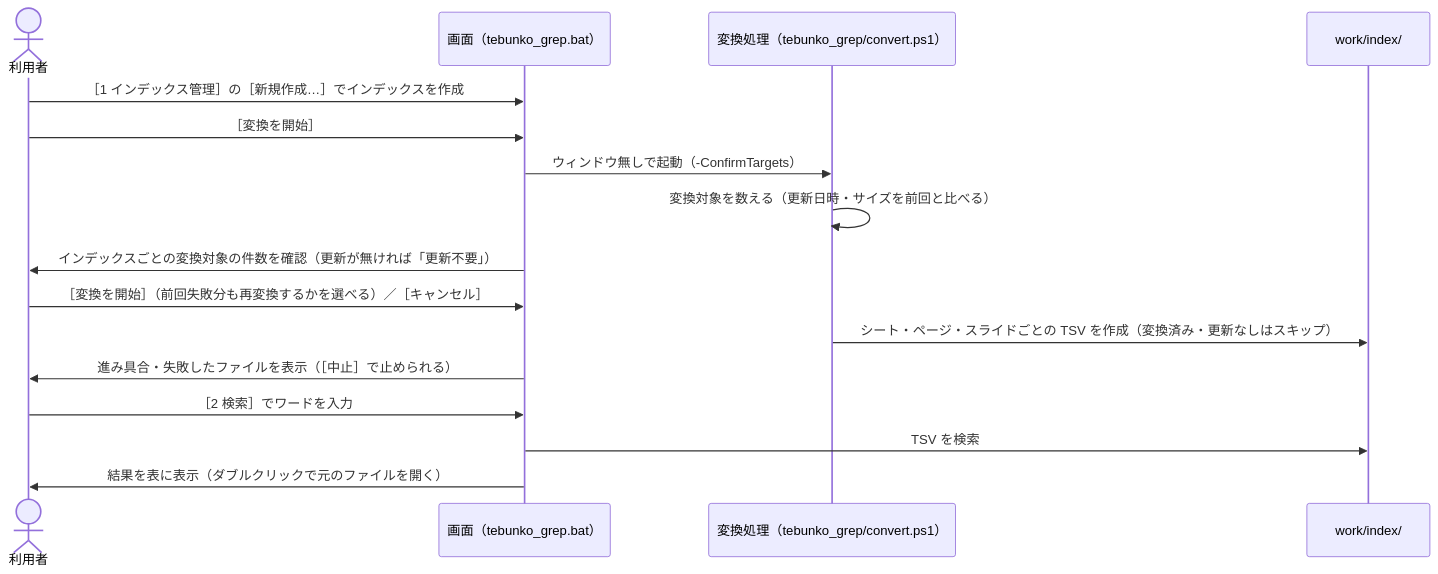
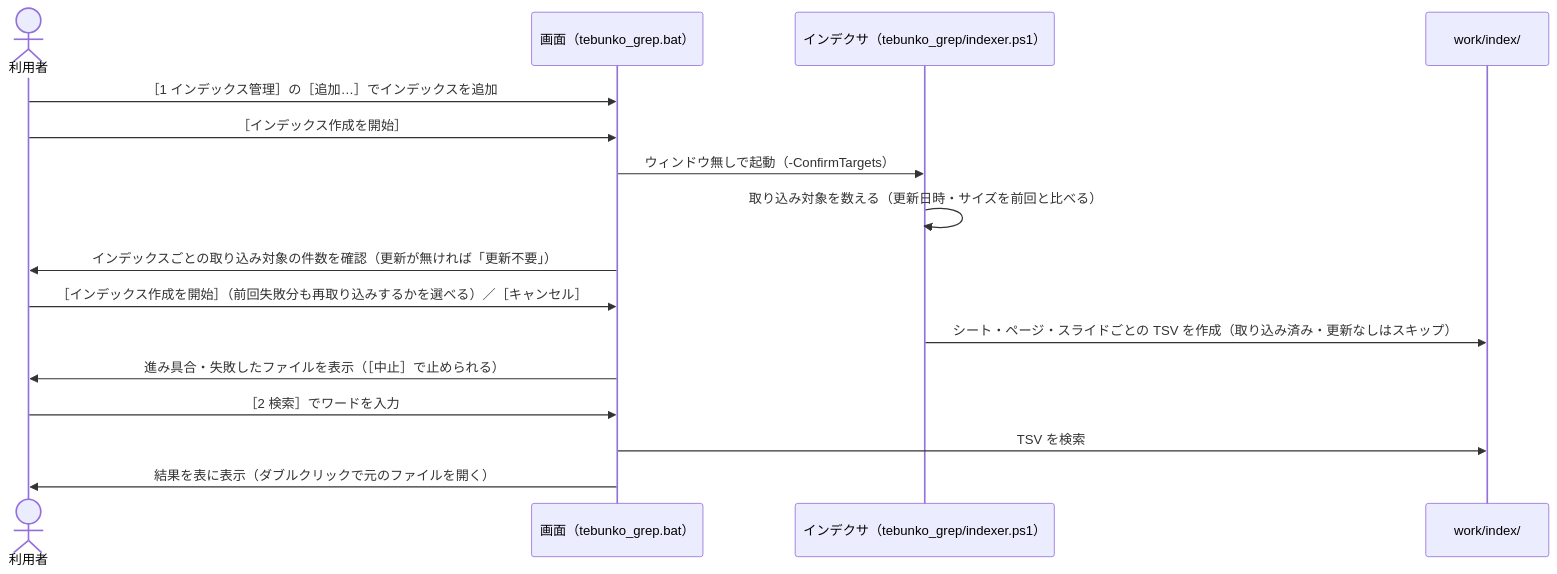
Before and after one commit to hsgwa/tebunko: the second of 2 diagrams in docs/00_index.md, drawn with Mermaid. The commit also changed other lines of this file and 98 other files, not shown here.

````diff
--- a/docs/00_index.md
+++ b/docs/00_index.md
@@ -147,19 +161,19 @@
 ```mermaid
 sequenceDiagram
     actor U as 利用者
     participant G as 画面（tebunko_grep.bat）
-    participant CV as 変換処理（tebunko_grep/convert.ps1）
+    participant CV as インデクサ（tebunko_grep/indexer.ps1）
     participant W as work/index/
 
-    U->>G: ［1 インデックス管理］の［新規作成…］でインデックスを作成
-    U->>G: ［変換を開始］
+    U->>G: ［1 インデックス管理］の［追加…］でインデックスを追加
+    U->>G: ［インデックス作成を開始］
     G->>CV: ウィンドウ無しで起動（-ConfirmTargets）
-    CV->>CV: 変換対象を数える（更新日時・サイズを前回と比べる）
-    G->>U: インデックスごとの変換対象の件数を確認（更新が無ければ「更新不要」）
-    U->>G: ［変換を開始］（前回失敗分も再変換するかを選べる）／［キャンセル］
-    CV->>W: シート・ページ・スライドごとの TSV を作成（変換済み・更新なしはスキップ）
+    CV->>CV: 取り込み対象を数える（更新日時・サイズを前回と比べる）
+    G->>U: インデックスごとの取り込み対象の件数を確認（更新が無ければ「更新不要」）
+    U->>G: ［インデックス作成を開始］（前回失敗分も再取り込みするかを選べる）／［キャンセル］
+    CV->>W: シート・ページ・スライドごとの TSV を作成（取り込み済み・更新なしはスキップ）
     G->>U: 進み具合・失敗したファイルを表示（［中止］で止められる）
     U->>G: ［2 検索］でワードを入力
     G->>W: TSV を検索
     G->>U: 結果を表に表示（ダブルクリックで元のファイルを開く）
 ```
````
